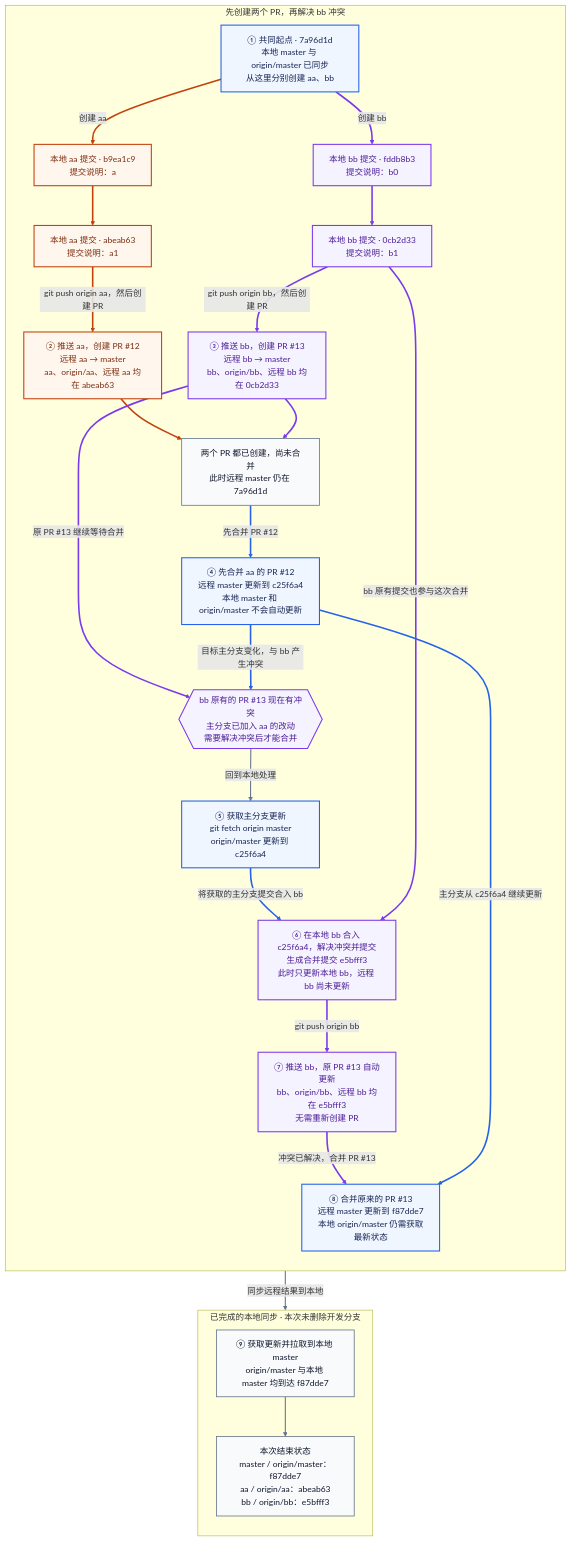
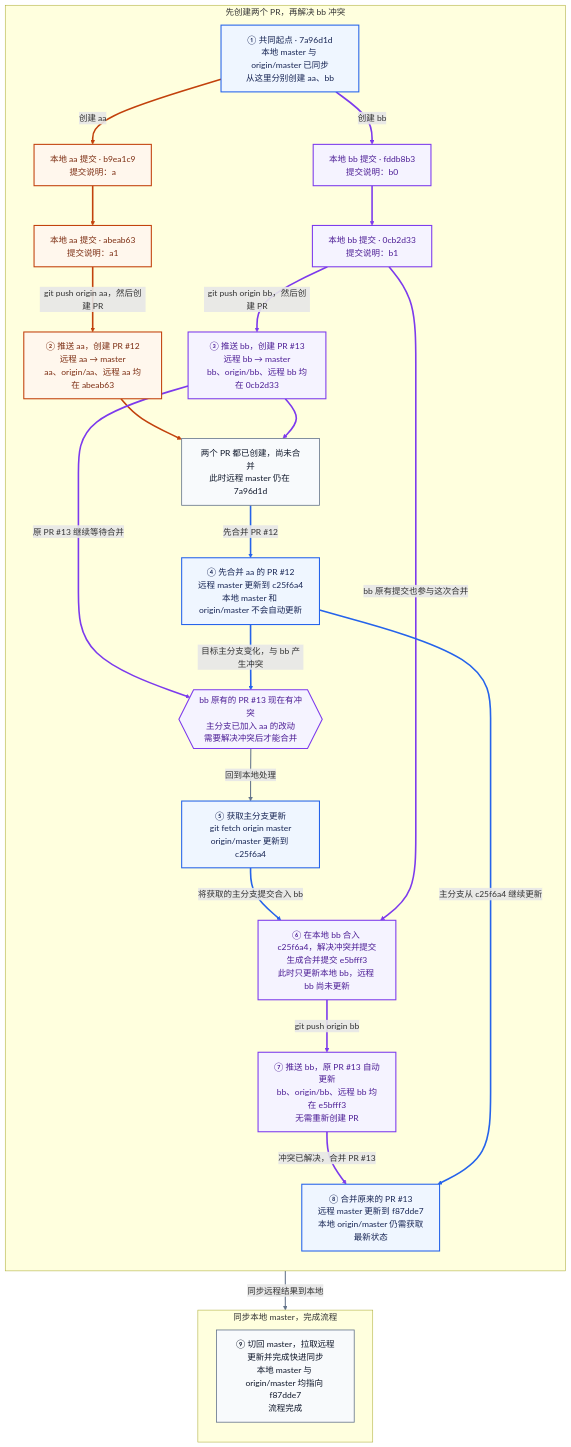
One commit to dcdmm/Script changed the diagram in git-team-workflow-pr-first.md. Above: the diagram before and after it, drawn with Mermaid. The commit also changed other lines of this file and 2 other files, not shown here.

````diff
--- a/git-team-workflow-pr-first.md
+++ b/git-team-workflow-pr-first.md
@@ -1,62 +1,60 @@
 ```mermaid
 flowchart TD
     subgraph WORK["先创建两个 PR，再解决 bb 冲突"]
         direction TD
 
         O["① 共同起点 · 7a96d1d<br/>本地 master 与 origin/master 已同步<br/>从这里分别创建 aa、bb"]
         A0["本地 aa 提交 · b9ea1c9<br/>提交说明：a"]
         A1["本地 aa 提交 · abeab63<br/>提交说明：a1"]
         PA["② 推送 aa，创建 PR #12<br/>远程 aa → master<br/>aa、origin/aa、远程 aa 均在 abeab63"]
         B0["本地 bb 提交 · fddb8b3<br/>提交说明：b0"]
         B1["本地 bb 提交 · 0cb2d33<br/>提交说明：b1"]
         PB["③ 推送 bb，创建 PR #13<br/>远程 bb → master<br/>bb、origin/bb、远程 bb 均在 0cb2d33"]
         READY["两个 PR 都已创建，尚未合并<br/>此时远程 master 仍在 7a96d1d"]
         P12["④ 先合并 aa 的 PR #12<br/>远程 master 更新到 c25f6a4<br/>本地 master 和 origin/master 不会自动更新"]
         X{{"bb 原有的 PR #13 现在有冲突<br/>主分支已加入 aa 的改动<br/>需要解决冲突后才能合并"}}
         FETCH["⑤ 获取主分支更新<br/>git fetch origin master<br/>origin/master 更新到 c25f6a4"]
         M["⑥ 在本地 bb 合入 c25f6a4，解决冲突并提交<br/>生成合并提交 e5bfff3<br/>此时只更新本地 bb，远程 bb 尚未更新"]
         UPDATE["⑦ 推送 bb，原 PR #13 自动更新<br/>bb、origin/bb、远程 bb 均在 e5bfff3<br/>无需重新创建 PR"]
         P13["⑧ 合并原来的 PR #13<br/>远程 master 更新到 f87dde7<br/>本地 origin/master 仍需获取最新状态"]
     end
 
-    subgraph FINISH["已完成的本地同步 · 本次未删除开发分支"]
+    subgraph FINISH["同步本地 master，完成流程"]
         direction TD
-        SYNC["⑨ 获取更新并拉取到本地 master<br/>origin/master 与本地 master 均到达 f87dde7"]
-        FINAL["本次结束状态<br/>master / origin/master：f87dde7<br/>aa / origin/aa：abeab63<br/>bb / origin/bb：e5bfff3"]
+        SYNC["⑨ 切回 master，拉取远程更新并完成快进同步<br/>本地 master 与 origin/master 均指向 f87dde7<br/>流程完成"]
     end
 
     O -->|"创建 aa"| A0
     A0 --> A1
     A1 -->|"git push origin aa，然后创建 PR"| PA
     O -->|"创建 bb"| B0
     B0 --> B1
     B1 -->|"git push origin bb，然后创建 PR"| PB
     PA --> READY
     PB --> READY
     READY -->|"先合并 PR #12"| P12
     PB -->|"原 PR #13 继续等待合并"| X
     P12 -->|"目标主分支变化，与 bb 产生冲突"| X
     X -->|"回到本地处理"| FETCH
     FETCH -->|"将获取的主分支提交合入 bb"| M
     B1 -->|"bb 原有提交也参与这次合并"| M
     M -->|"git push origin bb"| UPDATE
     UPDATE -->|"冲突已解决，合并 PR #13"| P13
     P12 -->|"主分支从 c25f6a4 继续更新"| P13
     P13 -->|"同步远程结果到本地"| SYNC
-    SYNC --> FINAL
 
     classDef mainNode fill:#eff6ff,stroke:#2563eb,color:#172554,stroke-width:2px;
     classDef aaNode fill:#fff7ed,stroke:#c2410c,color:#7c2d12,stroke-width:2px;
     classDef bbNode fill:#f5f3ff,stroke:#7c3aed,color:#4c1d95,stroke-width:2px;
     classDef actionNode fill:#f8fafc,stroke:#64748b,color:#0f172a,stroke-width:1.5px;
 
     class O,P12,FETCH,P13 mainNode;
     class A0,A1,PA aaNode;
     class B0,B1,PB,X,M,UPDATE bbNode;
-    class READY,SYNC,FINAL actionNode;
+    class READY,SYNC actionNode;
 
     linkStyle 0,1,2,6 stroke:#c2410c,stroke-width:3px;
     linkStyle 3,4,5,7,9,13,14,15 stroke:#7c3aed,stroke-width:3px;
     linkStyle 8,10,12,16 stroke:#2563eb,stroke-width:3px;
-    linkStyle 11,17,18 stroke:#64748b,stroke-width:2px;
+    linkStyle 11,17 stroke:#64748b,stroke-width:2px;
 ```
````
